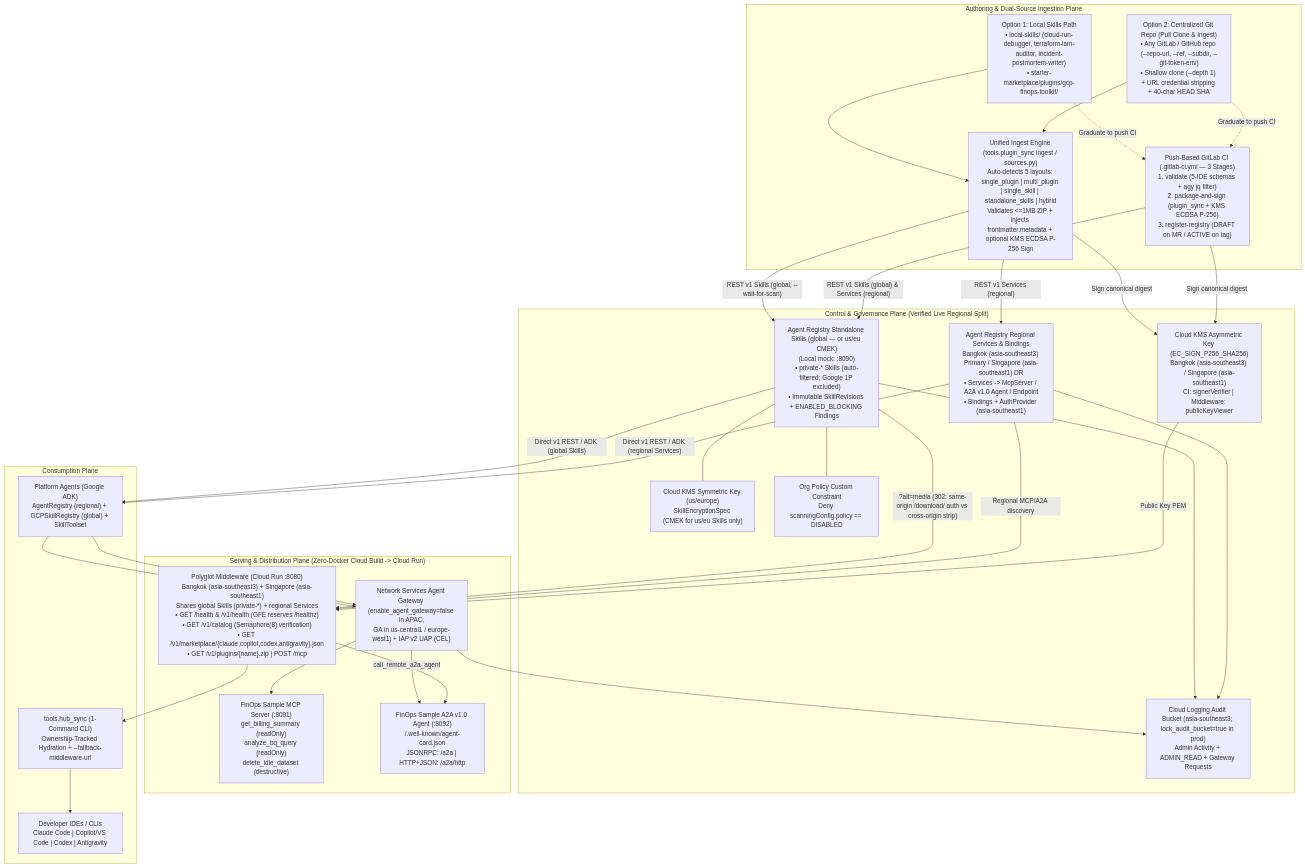
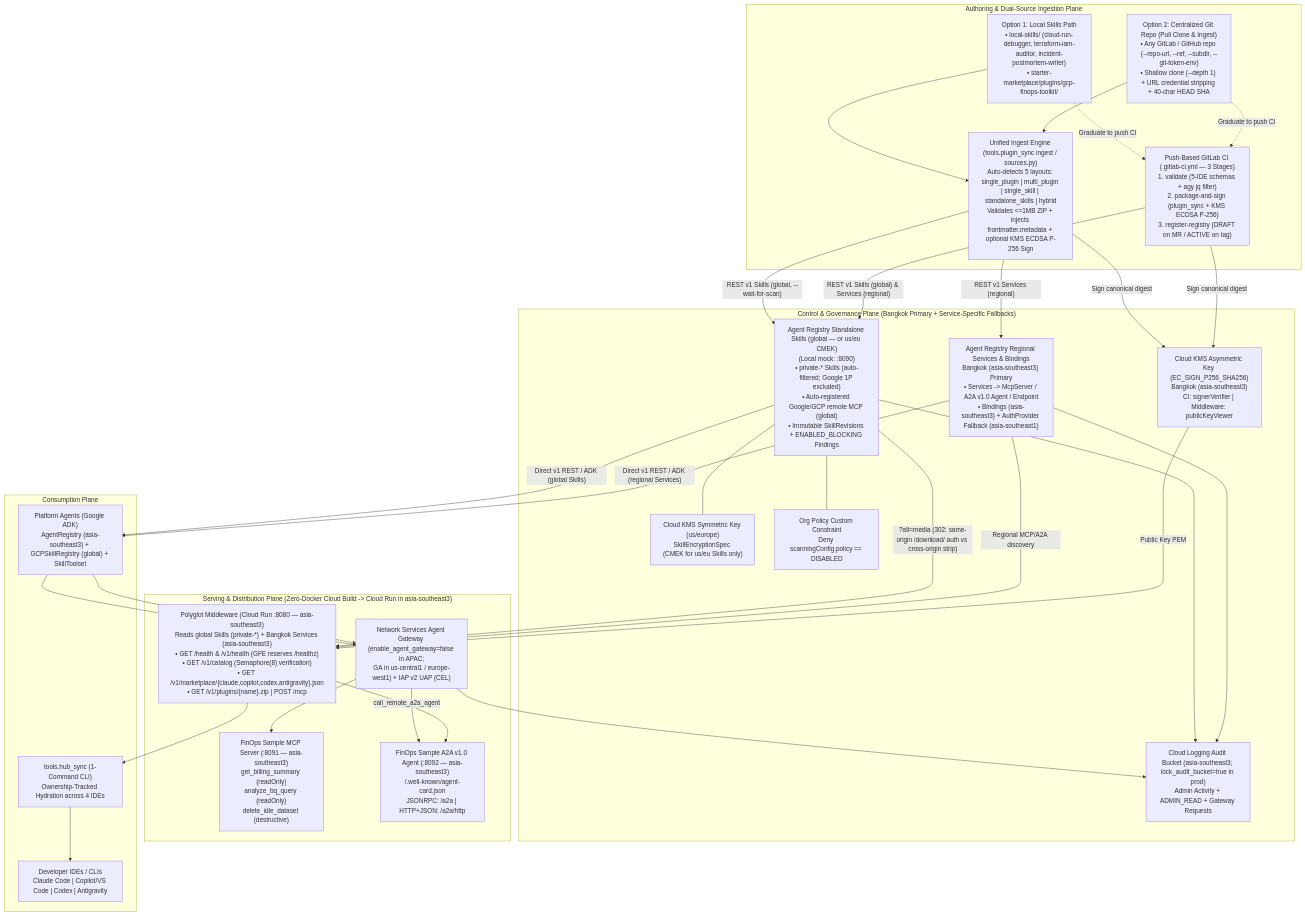
The first of 5 diagrams in docs/architecture.md (jiratouchmhp/agent-registry-marketplace-workshop), drawn with Mermaid before and after one commit. The commit also changed other lines of this file and 56 other files, not shown here.

Commit message:
Simplify to single-region Bangkok (asia-southeast3) primary with Singapore (asia-southeast1) only as service-specific fallback

````diff
--- a/docs/architecture.md
+++ b/docs/architecture.md
@@ -9,55 +9,55 @@
 ```mermaid
 flowchart TB
     subgraph DevAuthor["Authoring & Dual-Source Ingestion Plane"]
         OPT1["Option 1: Local Skills Path<br/>• local-skills/ (cloud-run-debugger, terraform-iam-auditor, incident-postmortem-writer)<br/>• starter-marketplace/plugins/gcp-finops-toolkit/"]
         OPT2["Option 2: Centralized Git Repo (Pull Clone & Ingest)<br/>• Any GitLab / GitHub repo (--repo-url, --ref, --subdir, --git-token-env)<br/>• Shallow clone (--depth 1) + URL credential stripping + 40-char HEAD SHA"]
         INGEST["Unified Ingest Engine (tools.plugin_sync ingest / sources.py)<br/>Auto-detects 5 layouts: single_plugin | multi_plugin | single_skill | standalone_skills | hybrid<br/>Validates <=1MB ZIP + injects frontmatter.metadata + optional KMS ECDSA P-256 Sign"]
         PIPE["Push-Based GitLab CI (.gitlab-ci.yml — 3 Stages)<br/>1. validate (5-IDE schemas + agy jq filter)<br/>2. package-and-sign (plugin_sync + KMS ECDSA P-256)<br/>3. register-registry (DRAFT on MR / ACTIVE on tag)"]
         OPT1 --> INGEST
         OPT2 --> INGEST
         OPT1 -.->|"Graduate to push CI"| PIPE
         OPT2 -.->|"Graduate to push CI"| PIPE
     end
 
-    subgraph GCPControl["Control & Governance Plane (Verified Live Regional Split)"]
-        AR_SK["Agent Registry Standalone Skills (global — or us/eu CMEK)<br/>(Local mock: :8090)<br/>• private-* Skills (auto-filtered; Google 1P excluded)<br/>• Immutable SkillRevisions + ENABLED_BLOCKING Findings"]
-        AR_SV["Agent Registry Regional Services & Bindings<br/>Bangkok (asia-southeast3) Primary / Singapore (asia-southeast1) DR<br/>• Services -> McpServer / A2A v1.0 Agent / Endpoint<br/>• Bindings + AuthProvider (asia-southeast1)"]
+    subgraph GCPControl["Control & Governance Plane (Bangkok Primary + Service-Specific Fallbacks)"]
+        AR_SK["Agent Registry Standalone Skills (global — or us/eu CMEK)<br/>(Local mock: :8090)<br/>• private-* Skills (auto-filtered; Google 1P excluded)<br/>• Auto-registered Google/GCP remote MCP (global)<br/>• Immutable SkillRevisions + ENABLED_BLOCKING Findings"]
+        AR_SV["Agent Registry Regional Services & Bindings<br/>Bangkok (asia-southeast3) Primary<br/>• Services -> McpServer / A2A v1.0 Agent / Endpoint<br/>• Bindings (asia-southeast3) + AuthProvider Fallback (asia-southeast1)"]
         KMS_CMEK["Cloud KMS Symmetric Key (us/europe)<br/>SkillEncryptionSpec (CMEK for us/eu Skills only)"]
-        KMS_SIGN["Cloud KMS Asymmetric Key (EC_SIGN_P256_SHA256)<br/>Bangkok (asia-southeast3) / Singapore (asia-southeast1)<br/>CI: signerVerifier | Middleware: publicKeyViewer"]
+        KMS_SIGN["Cloud KMS Asymmetric Key (EC_SIGN_P256_SHA256)<br/>Bangkok (asia-southeast3)<br/>CI: signerVerifier | Middleware: publicKeyViewer"]
         ORGPOL["Org Policy Custom Constraint<br/>Deny scanningConfig.policy == DISABLED"]
         AUDIT["Cloud Logging Audit Bucket (asia-southeast3; lock_audit_bucket=true in prod)<br/>Admin Activity + ADMIN_READ + Gateway Requests"]
         AR_SK --- KMS_CMEK
         AR_SK --- ORGPOL
         AR_SK --> AUDIT
         AR_SV --> AUDIT
     end
 
-    subgraph RuntimeServe["Serving & Distribution Plane (Zero-Docker Cloud Build -> Cloud Run)"]
-        MW["Polyglot Middleware (Cloud Run :8080)<br/>Bangkok (asia-southeast3) + Singapore (asia-southeast1)<br/>Shares global Skills (private-*) + regional Services<br/>• GET /health & /v1/health (GFE reserves /healthz)<br/>• GET /v1/catalog (Semaphore(8) verification)<br/>• GET /v1/marketplace/{claude,copilot,codex,antigravity}.json<br/>• GET /v1/plugins/{name}.zip | POST /mcp"]
-        MCP_S["FinOps Sample MCP Server (:8091)<br/>get_billing_summary (readOnly)<br/>analyze_bq_query (readOnly)<br/>delete_idle_dataset (destructive)"]
-        A2A_S["FinOps Sample A2A v1.0 Agent (:8092)<br/>/.well-known/agent-card.json<br/>JSONRPC: /a2a | HTTP+JSON: /a2a/http"]
+    subgraph RuntimeServe["Serving & Distribution Plane (Zero-Docker Cloud Build -> Cloud Run in asia-southeast3)"]
+        MW["Polyglot Middleware (Cloud Run :8080 — asia-southeast3)<br/>Reads global Skills (private-*) + Bangkok Services (asia-southeast3)<br/>• GET /health & /v1/health (GFE reserves /healthz)<br/>• GET /v1/catalog (Semaphore(8) verification)<br/>• GET /v1/marketplace/{claude,copilot,codex,antigravity}.json<br/>• GET /v1/plugins/{name}.zip | POST /mcp"]
+        MCP_S["FinOps Sample MCP Server (:8091 — asia-southeast3)<br/>get_billing_summary (readOnly)<br/>analyze_bq_query (readOnly)<br/>delete_idle_dataset (destructive)"]
+        A2A_S["FinOps Sample A2A v1.0 Agent (:8092 — asia-southeast3)<br/>/.well-known/agent-card.json<br/>JSONRPC: /a2a | HTTP+JSON: /a2a/http"]
         GW["Network Services Agent Gateway (enable_agent_gateway=false in APAC;<br/>GA in us-central1 / europe-west1) + IAP v2 UAP (CEL)"]
     end
 
     subgraph Consumers["Consumption Plane"]
-        HUB["tools.hub_sync (1-Command CLI)<br/>Ownership-Tracked Hydration + --fallback-middleware-url"]
+        HUB["tools.hub_sync (1-Command CLI)<br/>Ownership-Tracked Hydration across 4 IDEs"]
         IDES["Developer IDEs / CLIs<br/>Claude Code | Copilot/VS Code | Codex | Antigravity"]
-        ADK["Platform Agents (Google ADK)<br/>AgentRegistry (regional) + GCPSkillRegistry (global) + SkillToolset"]
+        ADK["Platform Agents (Google ADK)<br/>AgentRegistry (asia-southeast3) + GCPSkillRegistry (global) + SkillToolset"]
     end
 
     INGEST -->|"Sign canonical digest"| KMS_SIGN
     INGEST -->|"REST v1 Skills (global, --wait-for-scan)"| AR_SK
     INGEST -->|"REST v1 Services (regional)"| AR_SV
     PIPE -->|"Sign canonical digest"| KMS_SIGN
     PIPE -->|"REST v1 Skills (global) & Services (regional)"| AR_SK
     AR_SK -->|"?alt=media (302: same-origin /download/ auth vs cross-origin strip)"| MW
     AR_SV -->|"Regional MCP/A2A discovery"| MW
     KMS_SIGN -->|"Public Key PEM"| MW
     MW --> HUB --> IDES
     AR_SK -->|"Direct v1 REST / ADK (global Skills)"| ADK
     AR_SV -->|"Direct v1 REST / ADK (regional Services)"| ADK
     ADK --> GW --> MCP_S
     ADK --> GW --> A2A_S
     MW -->|"call_remote_a2a_agent"| A2A_S
     GW --> AUDIT
 ```
````
